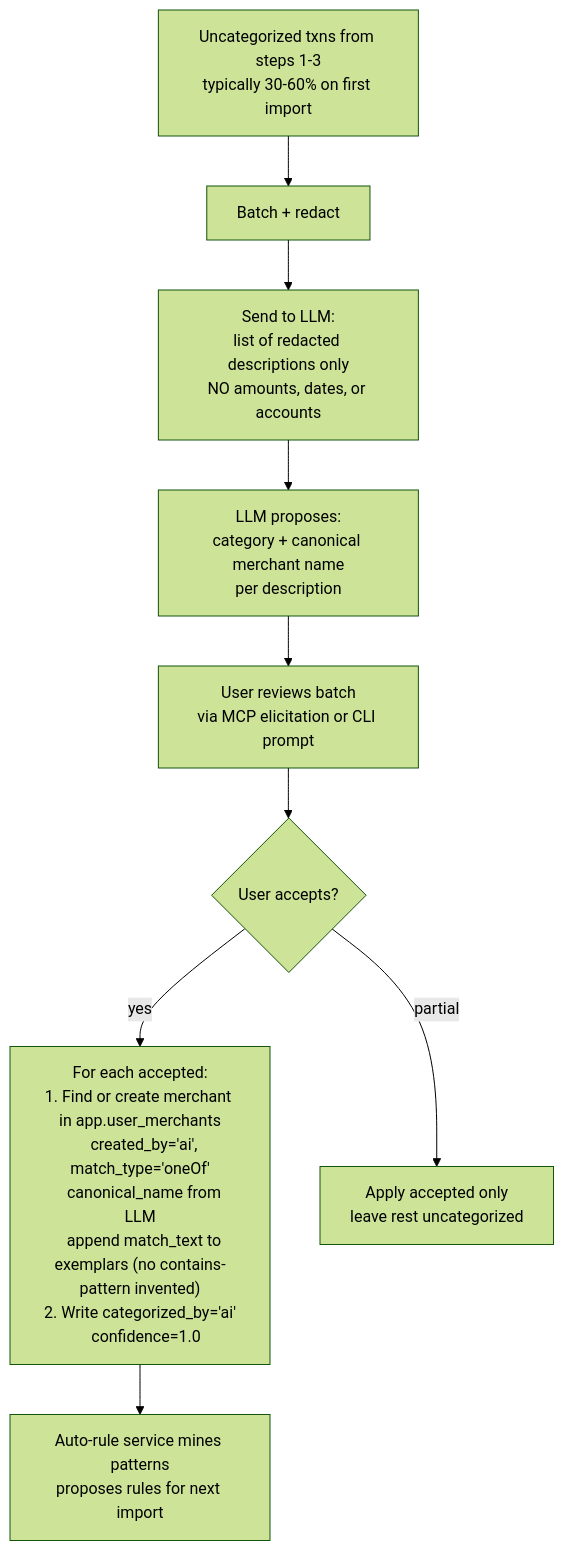
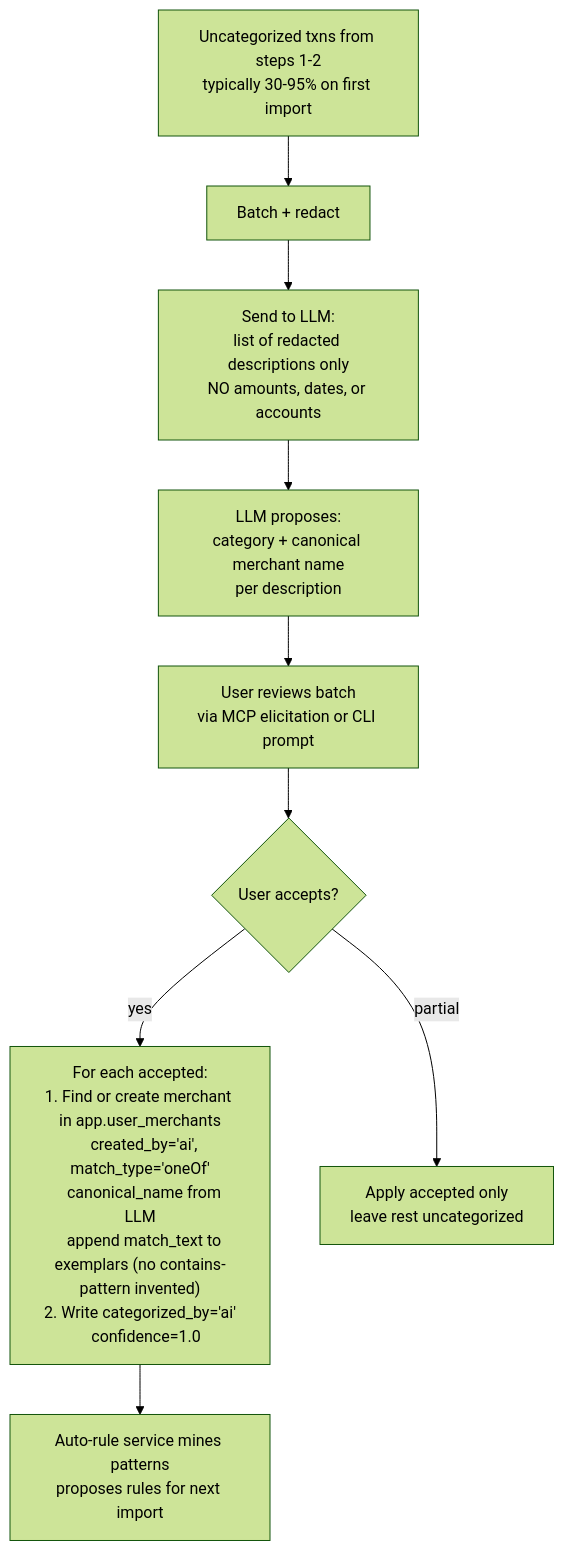
The fifth of 8 diagrams in docs/specs/categorization-cold-start.md (bsaffel/moneybin), drawn with Mermaid (forest theme) before and after one commit. The commit also changed other lines of this file and 35 other files, not shown here.

````diff
--- a/docs/specs/categorization-cold-start.md
+++ b/docs/specs/categorization-cold-start.md
@@ -135,11 +121,11 @@
 ```mermaid
 flowchart TD
-    A["Uncategorized txns from steps 1-3<br/>typically 30-60% on first import"] --> B[Batch + redact]
+    A["Uncategorized txns from steps 1-2<br/>typically 30-95% on first import"] --> B[Batch + redact]
     B --> C["Send to LLM:<br/>list of redacted descriptions only<br/>NO amounts, dates, or accounts"]
     C --> D[LLM proposes:<br/>category + canonical merchant name<br/>per description]
     D --> E[User reviews batch<br/>via MCP elicitation or CLI prompt]
     E --> F{User accepts?}
     F -->|yes| G["For each accepted:<br/>1. Find or create merchant in app.user_merchants<br/>   created_by='ai', match_type='oneOf'<br/>   canonical_name from LLM<br/>   append match_text to exemplars (no contains-pattern invented)<br/>2. Write categorized_by='ai'<br/>   confidence=1.0"]
     F -->|partial| H[Apply accepted only<br/>leave rest uncategorized]
     G --> I[Auto-rule service mines patterns<br/>proposes rules for next import]
 ```
````
